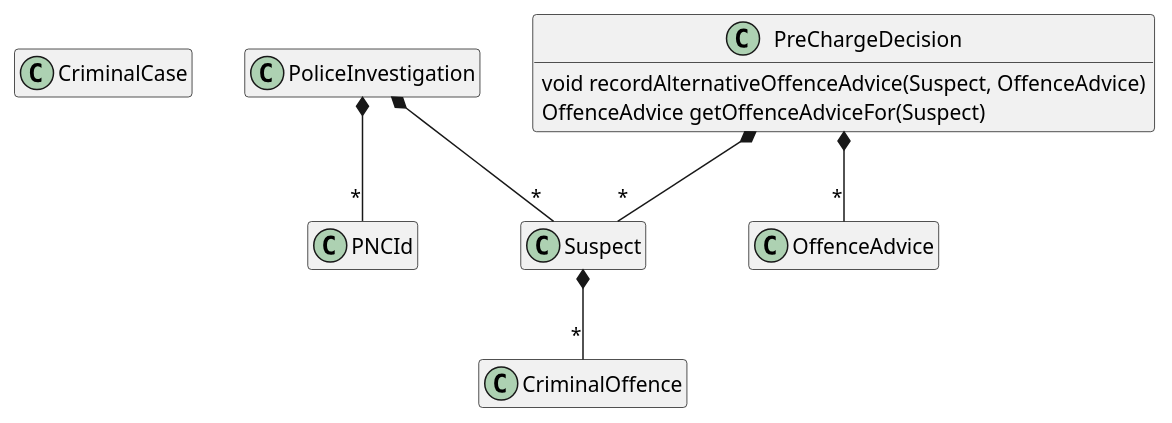
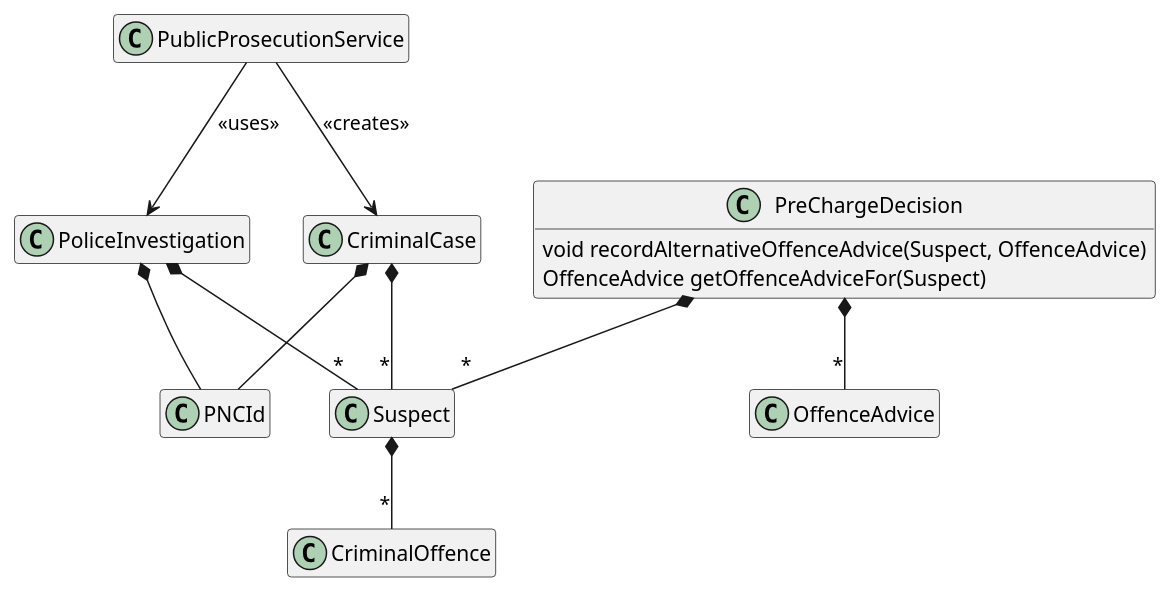
The diagram in docs/Domain-Model.puml (First-Steps-in-DDD-Community/first-steps-in-ddd-solutions), drawn with PlantUML before and after one commit.

Commit message:
Exercise 2 - DOCS - Update the diagram to show the new PublicProsecutionService class, it's relationships with CriminalCase and PoliceInvestigation, and CriminalCase's attributes.

```diff
--- a/docs/Domain-Model.puml
+++ b/docs/Domain-Model.puml
@@ -1,38 +1,48 @@
 @startuml
 hide empty members
 hide empty methods
 
 class CriminalCase {
 }
 
 class CriminalOffence {
 }
 
 class OffenceAdvice {
 }
 
 class PNCId {
 }
 
 class PoliceInvestigation {
 }
 
 class PreChargeDecision {
     void recordAlternativeOffenceAdvice(Suspect, OffenceAdvice)
     OffenceAdvice getOffenceAdviceFor(Suspect)
 }
 
+class PublicProsecutionService {
+}
+
 class Suspect    {
 }
 
 Suspect *-- "*" CriminalOffence
 
 PoliceInvestigation *-- "*" Suspect
 
-PoliceInvestigation *-- "*" PNCId
+PoliceInvestigation *-- PNCId
 
 PreChargeDecision *-- "*" Suspect
 
 PreChargeDecision *-- "*" OffenceAdvice
 
+CriminalCase *-- PNCId
+
+CriminalCase *-- "*" Suspect
+
+PublicProsecutionService --> CriminalCase : <<creates>>
+
+PublicProsecutionService --> PoliceInvestigation : <<uses>>
 @enduml
```
